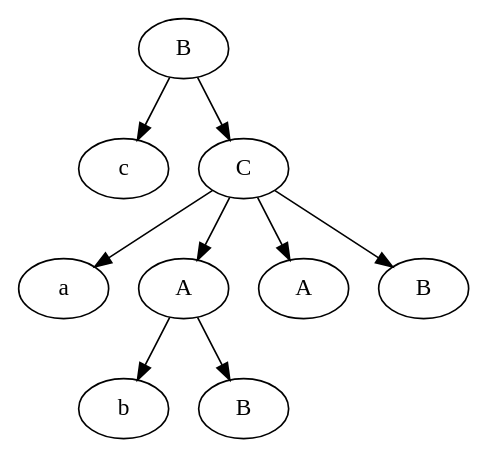
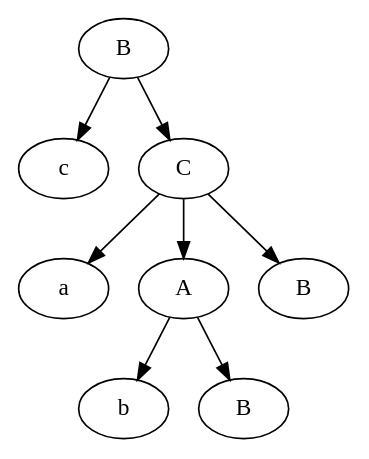
The diagram in results/test4_B.gv (Barashkov-GO/tfl_lab3), drawn with Graphviz before and after one commit. The commit also changed 12 other files, not shown here.

```diff
--- a/results/test4_B.gv
+++ b/results/test4_B.gv
@@ -1,20 +1,18 @@
 digraph G {
 	0[label="B"]
 	1[label="c"]
-	8[label="C"]
+	7[label="C"]
 	2[label="a"]
 	5[label="A"]
 	3[label="b"]
 	4[label="B"]
 	5->3
 	5->4
-	6[label="A"]
-	7[label="B"]
-	8->2
-	8->5
-	8->6
-	8->7
+	6[label="B"]
+	7->2
+	7->5
+	7->6
 	0->1
-	0->8
+	0->7
 
 }
```
